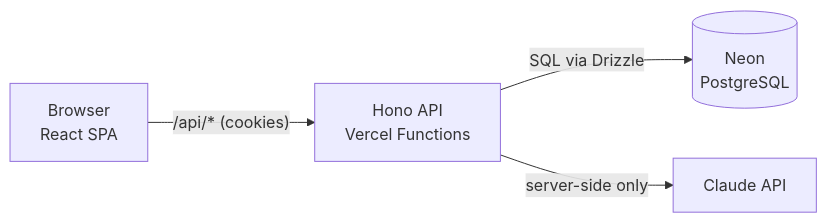
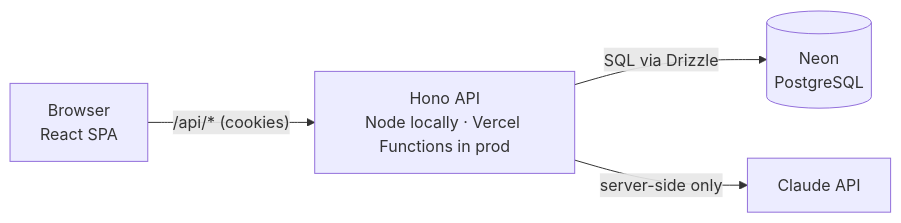
Before and after one commit to eliasbandak321-svg/ai-task-manager: the first of 2 diagrams in docs/architecture.md, drawn with Mermaid. The commit also changed other lines of this file and 3 other files, not shown here.

````diff
--- a/docs/architecture.md
+++ b/docs/architecture.md
@@ -11,6 +11,6 @@
 ```mermaid
 flowchart LR
-  B[Browser<br/>React SPA] -- "/api/* (cookies)" --> A[Hono API<br/>Vercel Functions]
+  B[Browser<br/>React SPA] -- "/api/* (cookies)" --> A[Hono API<br/>Node locally · Vercel Functions in prod]
   A -- SQL via Drizzle --> D[(Neon<br/>PostgreSQL)]
   A -- "server-side only" --> C[Claude API]
 ```
````
